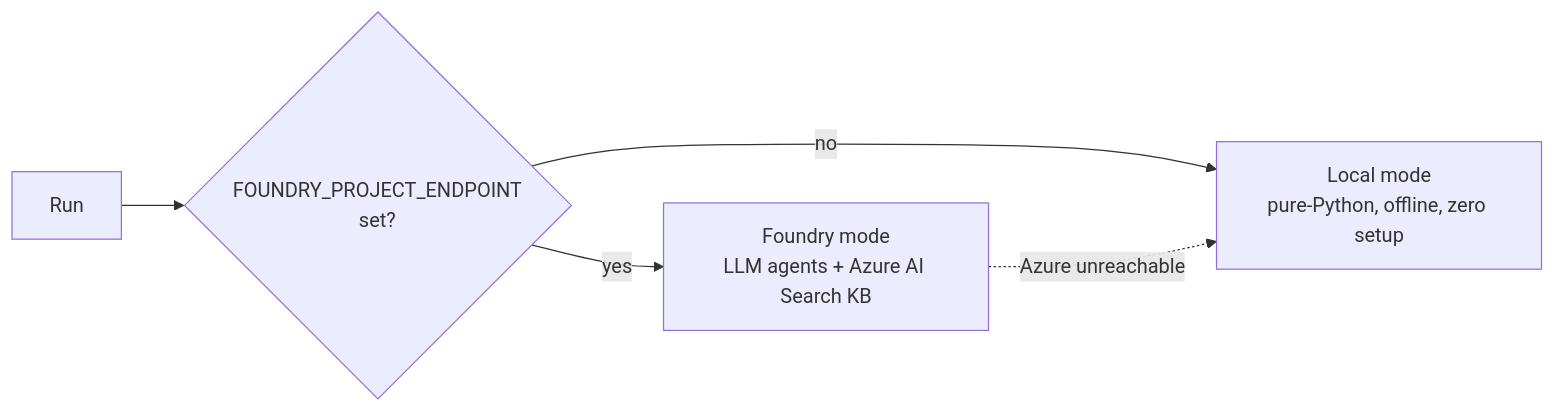
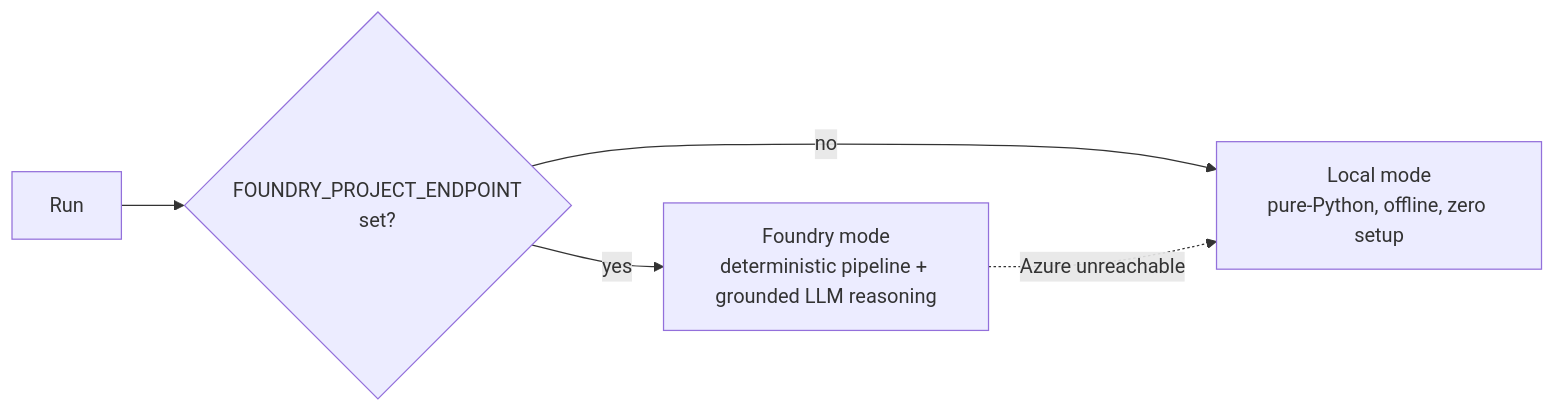
One commit to njranum/Fix-My-Vibe changed the fourth of 4 diagrams in README.md. Above: the diagram before and after it, drawn with Mermaid. The commit also changed other lines of this file, not shown here.

First line of the commit message:
Rewrite README to match the deterministic-first architecture

````diff
--- a/README.md
+++ b/README.md
@@ -151,7 +180,7 @@
 ```mermaid
 flowchart LR
     Start["Run"] --> Q{"FOUNDRY_PROJECT_ENDPOINT<br/>set?"}
-    Q -->|yes| F["Foundry mode<br/>LLM agents + Azure AI Search KB"]
+    Q -->|yes| F["Foundry mode<br/>deterministic pipeline + grounded LLM reasoning"]
     Q -->|no| L["Local mode<br/>pure-Python, offline, zero setup"]
     F -.->|Azure unreachable| L
 ```
````
